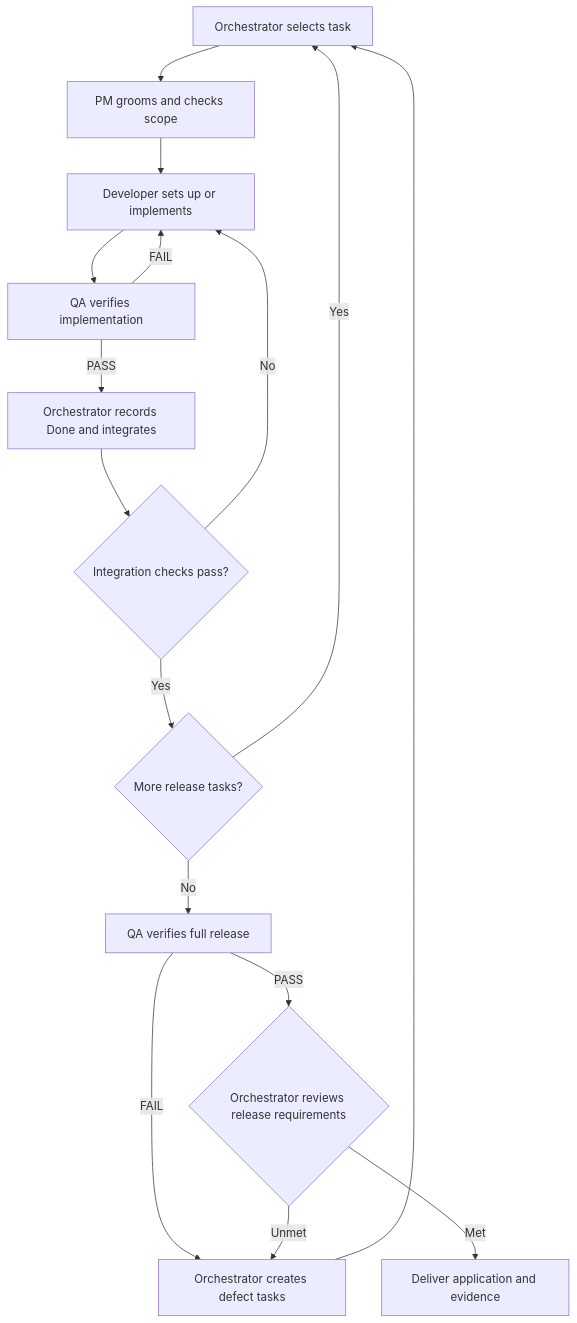
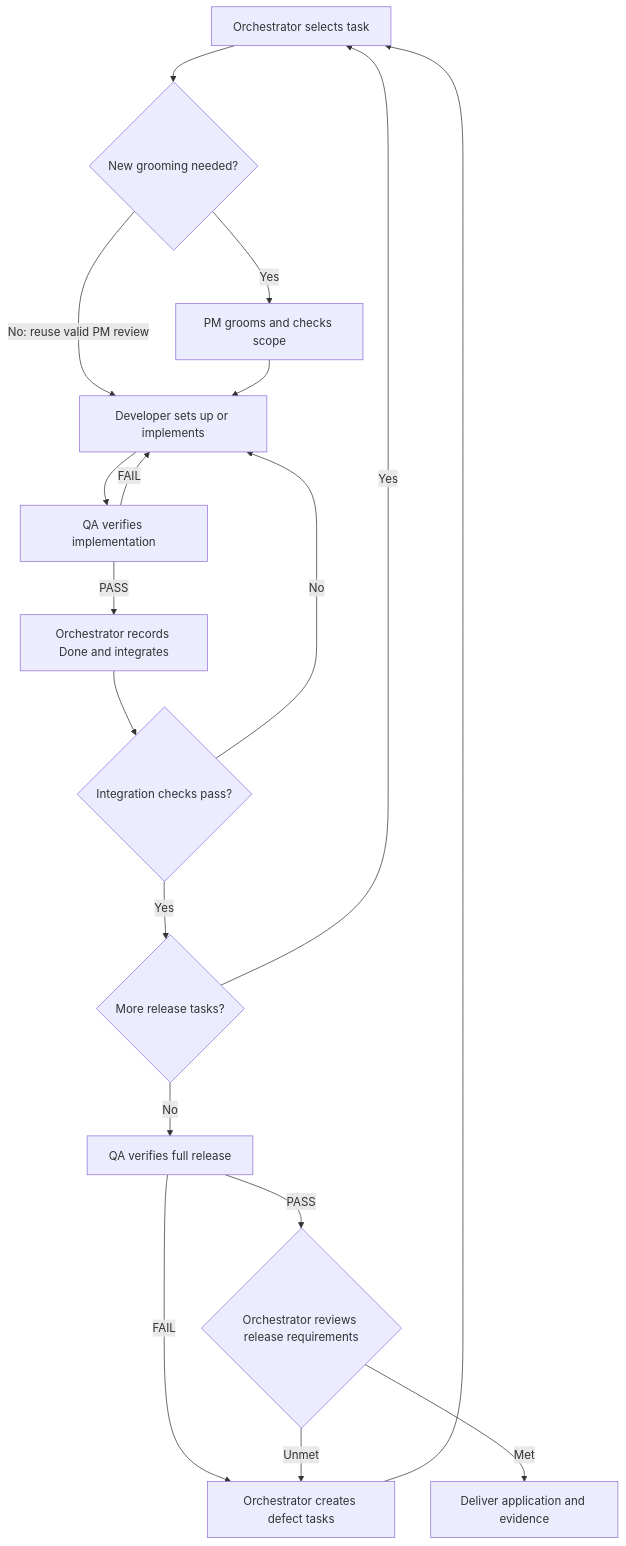
The diagram in README.md (Alex-Yu/done-together), drawn with Mermaid before and after one commit. The commit also changed other lines of this file and 12 other files, not shown here.

````diff
--- a/README.md
+++ b/README.md
@@ -69,18 +69,20 @@
 ```mermaid
 flowchart TD
-    O[Orchestrator selects task] --> P[PM grooms and checks scope]
+    O[Orchestrator selects task] --> G{New grooming needed?}
+    G -->|Yes| P[PM grooms and checks scope]
+    G -->|No: reuse valid PM review| D
     P --> D[Developer sets up or implements]
     D --> Q[QA verifies implementation]
     Q -->|FAIL| D
     Q -->|PASS| C[Orchestrator records Done and integrates]
     C --> I{Integration checks pass?}
     I -->|No| D
     I -->|Yes| N{More release tasks?}
     N -->|Yes| O
     N -->|No| R[QA verifies full release]
     R -->|FAIL| F[Orchestrator creates defect tasks]
     F --> O
     R -->|PASS| V{Orchestrator reviews release requirements}
     V -->|Unmet| F
     V -->|Met| H[Deliver application and evidence]
 ```
````
